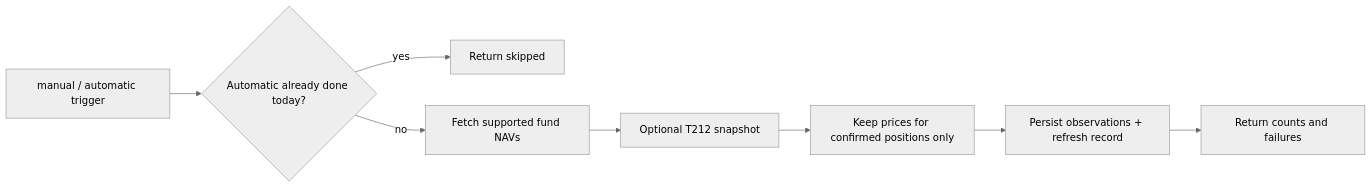
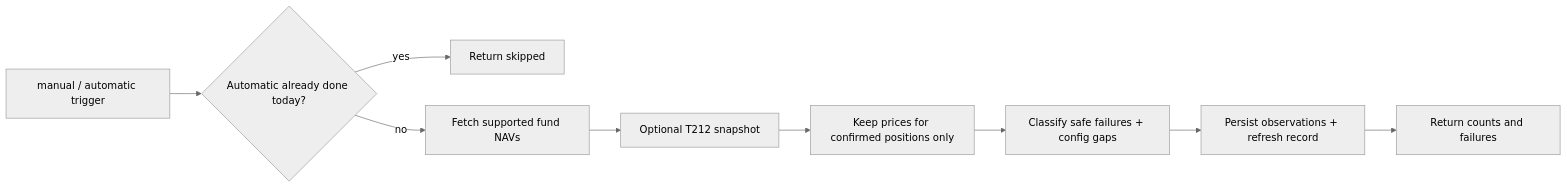
One commit to kenzoyan/aggregator changed the fourth of 5 diagrams in ARCHITECTURE.md. Above: the diagram before and after it, drawn with Mermaid (neutral theme). The commit also changed other lines of this file and 19 other files, not shown here.

````diff
--- a/ARCHITECTURE.md
+++ b/ARCHITECTURE.md
@@ -584,10 +585,11 @@
 ```mermaid
 flowchart LR
   T[manual / automatic trigger] --> G{Automatic already done today?}
   G -- yes --> SKIP[Return skipped]
   G -- no --> F[Fetch supported fund NAVs]
   F --> R[Optional T212 snapshot]
   R --> FILTER[Keep prices for confirmed positions only]
-  FILTER --> SAVE[Persist observations + refresh record]
+  FILTER --> SAFE[Classify safe failures + config gaps]
+  SAFE --> SAVE[Persist observations + refresh record]
   SAVE --> RESULT[Return counts and failures]
 ```
````
